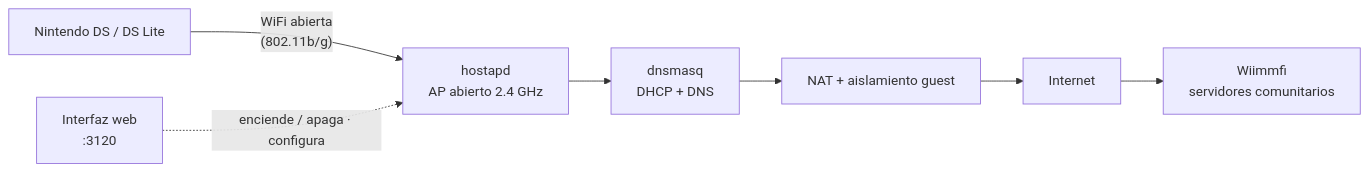
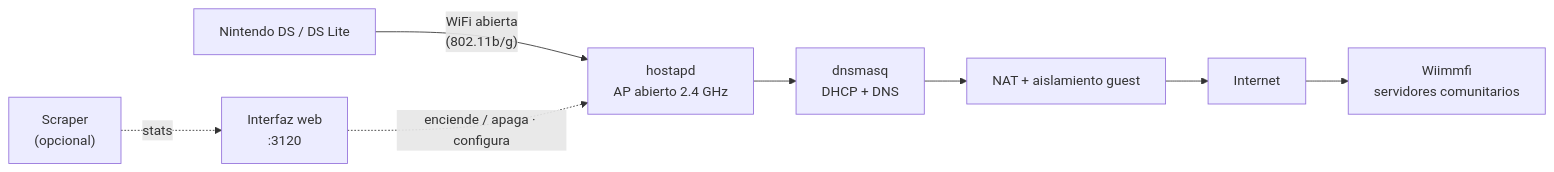
One commit to felipesuarez-dev/ds-wifi changed the diagram in README.md. Above: the diagram before and after it, drawn with Mermaid. The commit also changed other lines of this file and 5 other files, not shown here.

````diff
--- a/README.md
+++ b/README.md
@@ -50,14 +53,16 @@
 ```mermaid
 flowchart LR
     DS["Nintendo DS / DS Lite"]
     AP["hostapd<br/>AP abierto 2.4 GHz"]
     DHCP["dnsmasq<br/>DHCP + DNS"]
     NAT["NAT + aislamiento guest"]
     INET["Internet"]
     WFC["Wiimmfi<br/>servidores comunitarios"]
     UI["Interfaz web<br/>:3120"]
+    SCR["Scraper<br/>(opcional)"]
 
     DS -->|"WiFi abierta<br/>(802.11b/g)"| AP
     AP --> DHCP --> NAT --> INET --> WFC
     UI -. "enciende / apaga · configura" .-> AP
+    SCR -. "stats" .-> UI
 ```
````
